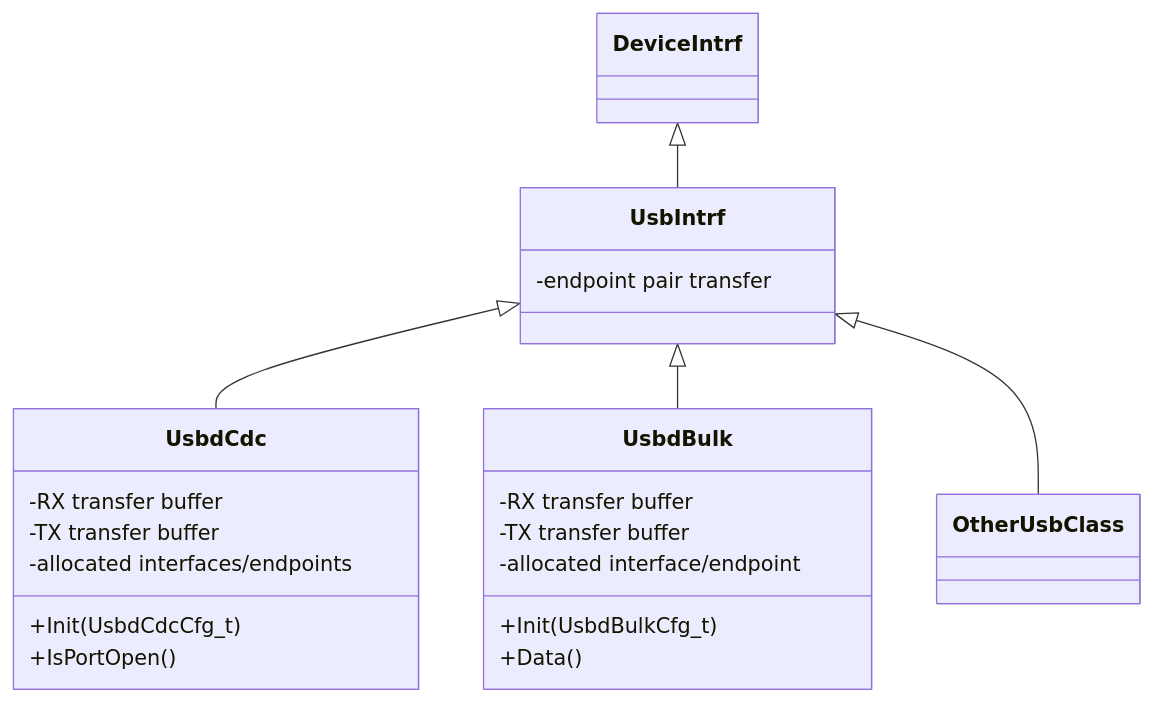
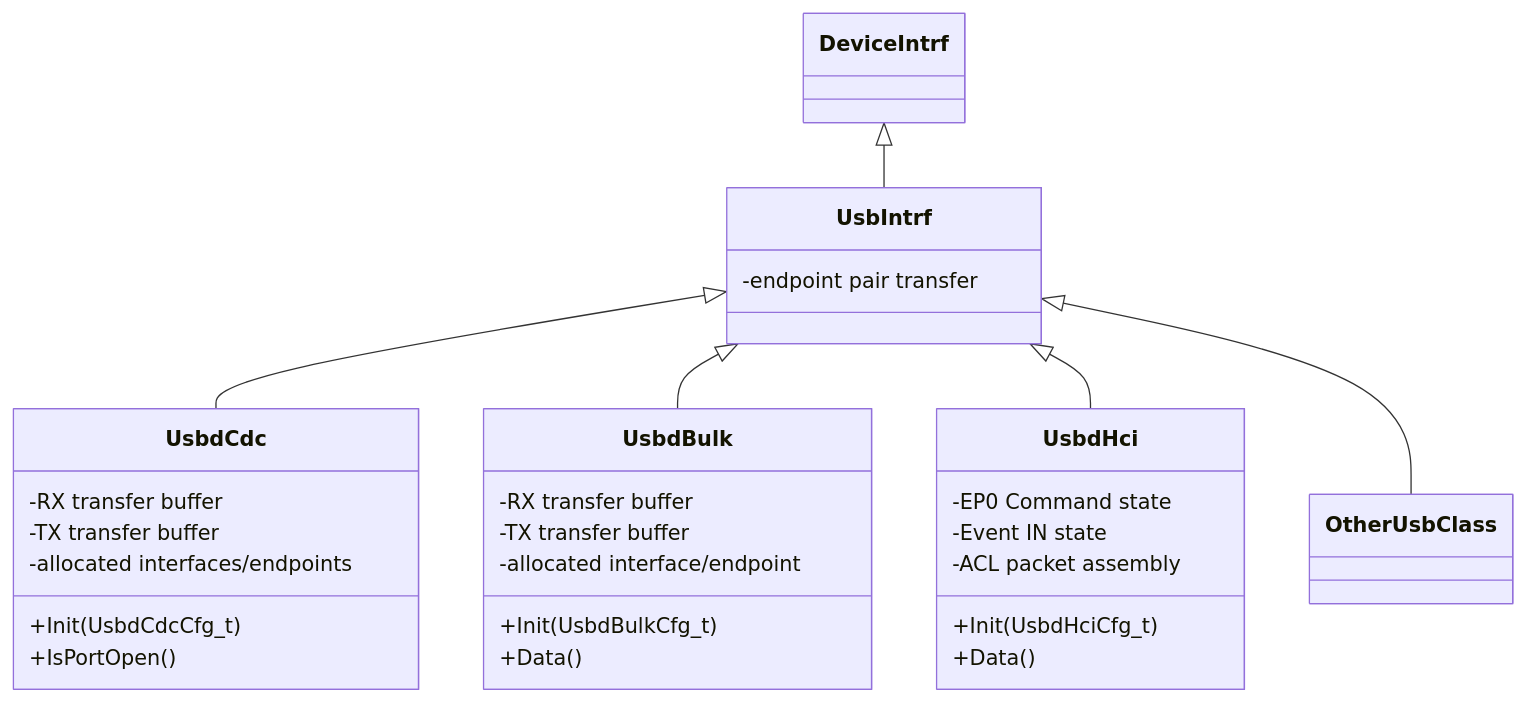
One commit to IOsonata/IOsonata changed the second of 3 diagrams in docs/architecture/usb.md. Above: the diagram before and after it, drawn with Mermaid. The commit also changed other lines of this file and 6 other files, not shown here.

First line of the commit message:
Implement legacy Bluetooth HCI USB transport

````diff
--- a/docs/architecture/usb.md
+++ b/docs/architecture/usb.md
@@ -45,24 +47,32 @@
 ```mermaid
 classDiagram
     DeviceIntrf <|-- UsbIntrf
     UsbIntrf <|-- UsbdCdc
     UsbIntrf <|-- UsbdBulk
+    UsbIntrf <|-- UsbdHci
     UsbIntrf <|-- OtherUsbClass
     class UsbIntrf {
         -endpoint pair transfer
     }
     class UsbdCdc {
         +Init(UsbdCdcCfg_t)
         +IsPortOpen()
         -RX transfer buffer
         -TX transfer buffer
         -allocated interfaces/endpoints
     }
     class UsbdBulk {
         +Init(UsbdBulkCfg_t)
         +Data()
         -RX transfer buffer
         -TX transfer buffer
         -allocated interface/endpoint
     }
+    class UsbdHci {
+        +Init(UsbdHciCfg_t)
+        +Data()
+        -EP0 Command state
+        -Event IN state
+        -ACL packet assembly
+    }
 ```
````
